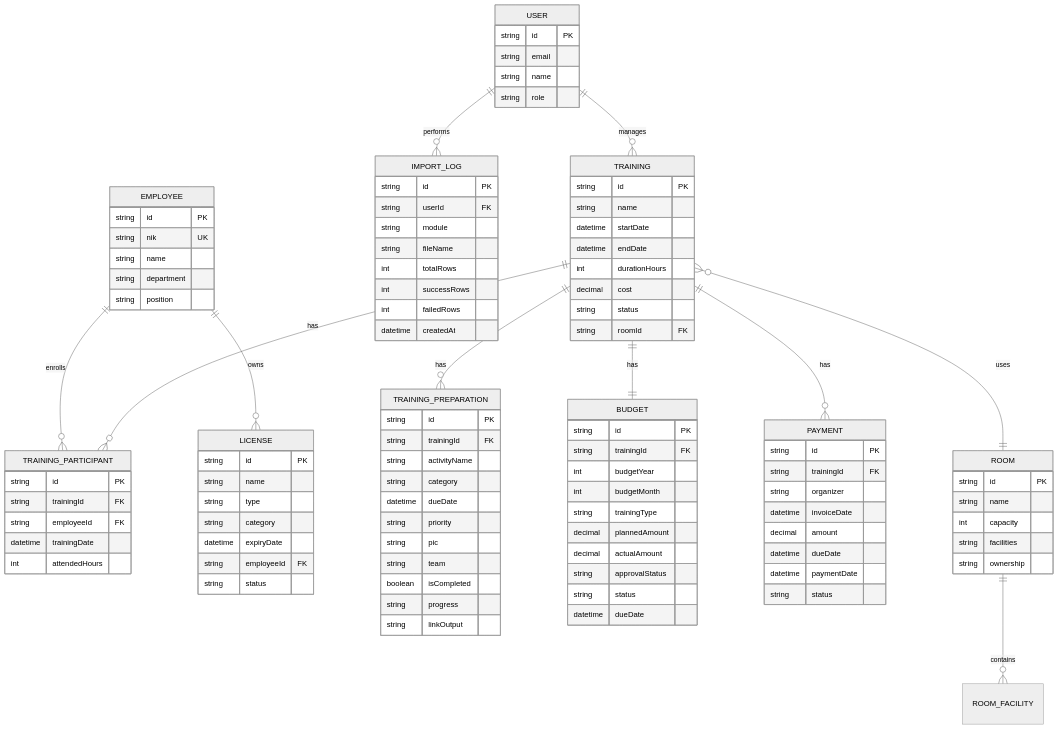
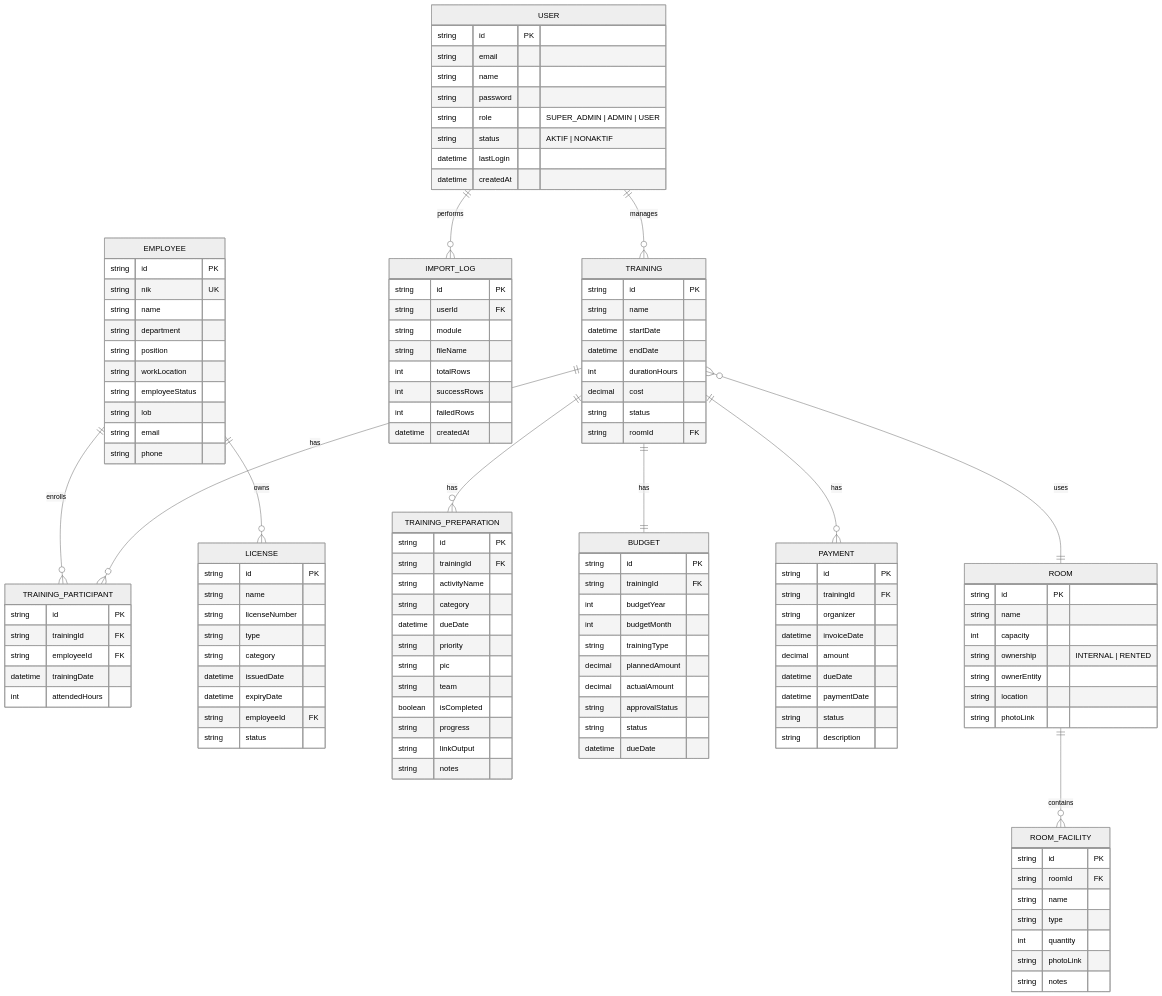
The second of 2 diagrams in PRD-LENTERA.md (appaldyt/Lentera), drawn with Mermaid (neutral theme) before and after one commit. The commit also changed other lines of this file and 6 other files, not shown here.

First line of the commit message:
feat: add account management page and sidebar navigation for super admin

```diff
--- a/PRD-LENTERA.md
+++ b/PRD-LENTERA.md
@@ -308,7 +378,11 @@
         string id PK
         string email
         string name
-        string role
+        string password
+        string role "SUPER_ADMIN | ADMIN | USER"
+        string status "AKTIF | NONAKTIF"
+        datetime lastLogin
+        datetime createdAt
     }
     EMPLOYEE {
         string id PK
@@ -316,6 +390,11 @@
         string name
         string department
         string position
+        string workLocation
+        string employeeStatus
+        string lob
+        string email
+        string phone
     }
     TRAINING {
         string id PK
@@ -339,6 +418,7 @@
         boolean isCompleted
         string progress
         string linkOutput
+        string notes
     }
     TRAINING_PARTICIPANT {
         string id PK
@@ -350,8 +430,10 @@
     LICENSE {
         string id PK
         string name
+        string licenseNumber
         string type
         string category
+        datetime issuedDate
         datetime expiryDate
         string employeeId FK
         string status
@@ -377,13 +459,25 @@
         datetime dueDate
         datetime paymentDate
         string status
+        string description
     }
     ROOM {
         string id PK
         string name
         int capacity
-        string facilities
-        string ownership
+        string ownership "INTERNAL | RENTED"
+        string ownerEntity
+        string location
+        string photoLink
+    }
+    ROOM_FACILITY {
+        string id PK
+        string roomId FK
+        string name
+        string type
+        int quantity
+        string photoLink
+        string notes
     }
     IMPORT_LOG {
         string id PK
```
